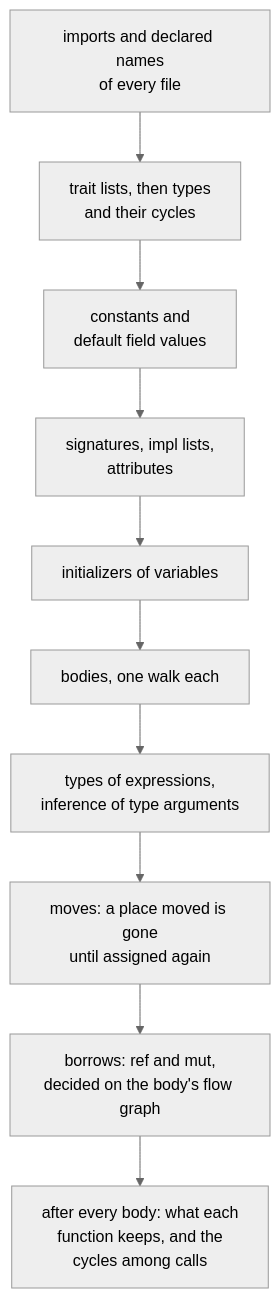
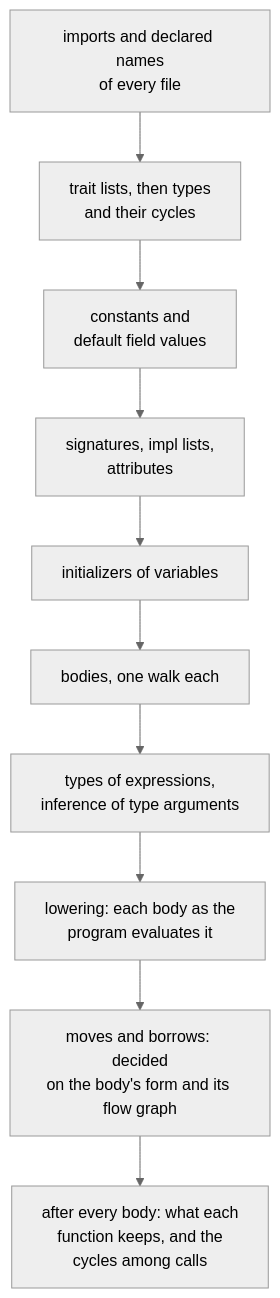
One commit to snello-lang/snello changed the second of 3 diagrams in _docs/book/39-how-the-compiler-works.md. Above: the diagram before and after it, drawn with Mermaid (neutral theme). The commit also changed other lines of this file and 43 other files, not shown here.

````diff
--- a/_docs/book/39-how-the-compiler-works.md
+++ b/_docs/book/39-how-the-compiler-works.md
@@ -32,8 +32,8 @@
 ```mermaid
 flowchart TD
     a["imports and declared names<br/>of every file"] --> b["trait lists, then types<br/>and their cycles"] --> c["constants and<br/>default field values"] --> d["signatures, impl lists,<br/>attributes"] --> e["initializers of variables"] --> f["bodies, one walk each"]
     f --> g["types of expressions,<br/>inference of type arguments"]
-    g --> h["moves: a place moved is gone<br/>until assigned again"]
-    h --> i["borrows: ref and mut,<br/>decided on the body's flow graph"]
+    g --> h["lowering: each body as the<br/>program evaluates it"]
+    h --> i["moves and borrows: decided<br/>on the body's form and its flow graph"]
     i --> j["after every body: what each<br/>function keeps, and the<br/>cycles among calls"]
 ```
````
